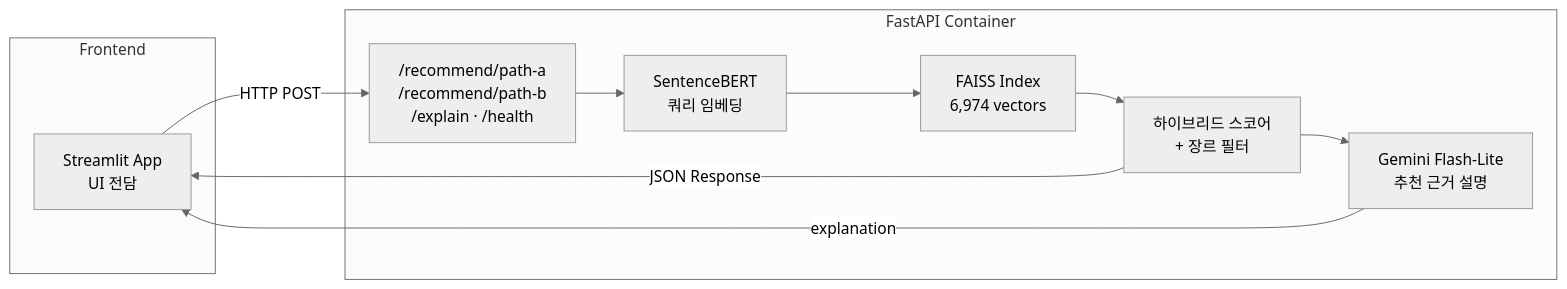
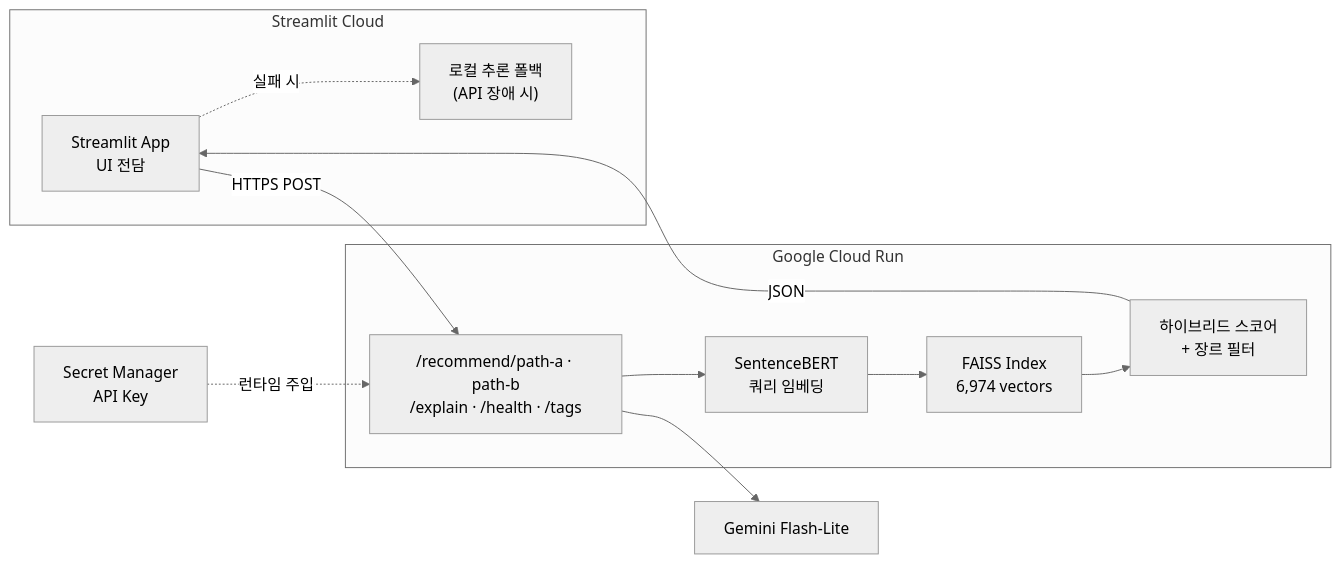
The first of 2 diagrams in README.md (pssjun/korean-book-recommender), drawn with Mermaid (neutral theme) before and after one commit. The commit also changed other lines of this file, not shown here.

Commit message:
Update README: add Cloud Run deployment and engineering topics

````diff
--- a/README.md
+++ b/README.md
@@ -137,20 +162,24 @@
 ```mermaid
 flowchart LR
-    subgraph FE["Frontend"]
+    subgraph FE["Streamlit Cloud"]
         ST["Streamlit App<br/>UI 전담"]
+        LF["로컬 추론 폴백<br/>(API 장애 시)"]
     end
 
-    subgraph API["FastAPI Container"]
-        EP["/recommend/path-a<br/>/recommend/path-b<br/>/explain · /health"]
+    subgraph GCP["Google Cloud Run"]
+        EP["/recommend/path-a · path-b<br/>/explain · /health · /tags"]
         SB["SentenceBERT<br/>쿼리 임베딩"]
         FS["FAISS Index<br/>6,974 vectors"]
         HB["하이브리드 스코어<br/>+ 장르 필터"]
-        LLM["Gemini Flash-Lite<br/>추천 근거 설명"]
     end
 
-    ST -->|HTTP POST| EP
+    SM["Secret Manager<br/>API Key"]
+    LLM["Gemini Flash-Lite"]
+
+    ST -->|HTTPS POST| EP
+    ST -.->|실패 시| LF
     EP --> SB --> FS --> HB
-    HB --> LLM
-    HB -->|JSON Response| ST
-    LLM -->|explanation| ST
+    HB -->|JSON| ST
+    EP --> LLM
+    SM -.->|런타임 주입| EP
 ```
````
